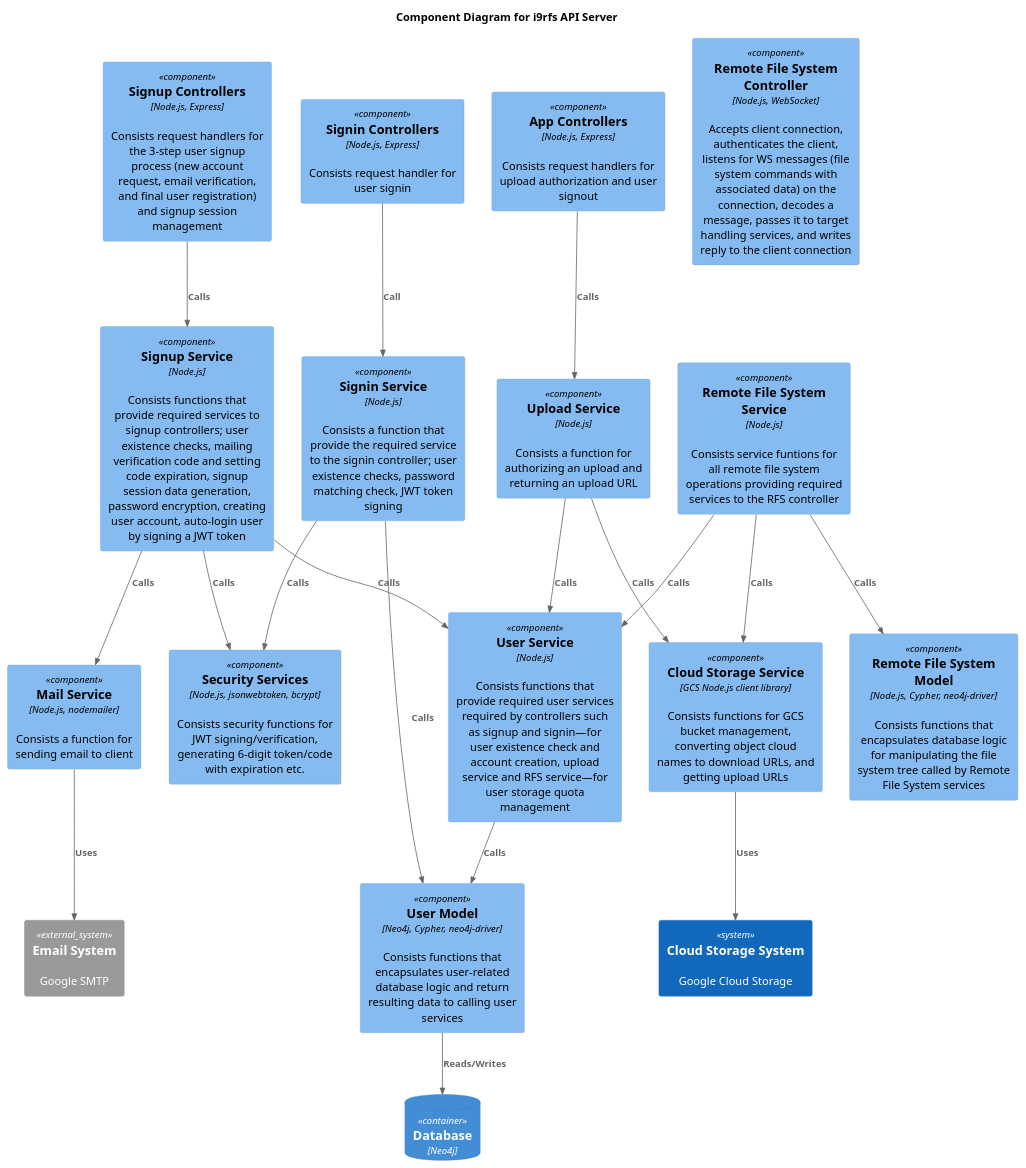
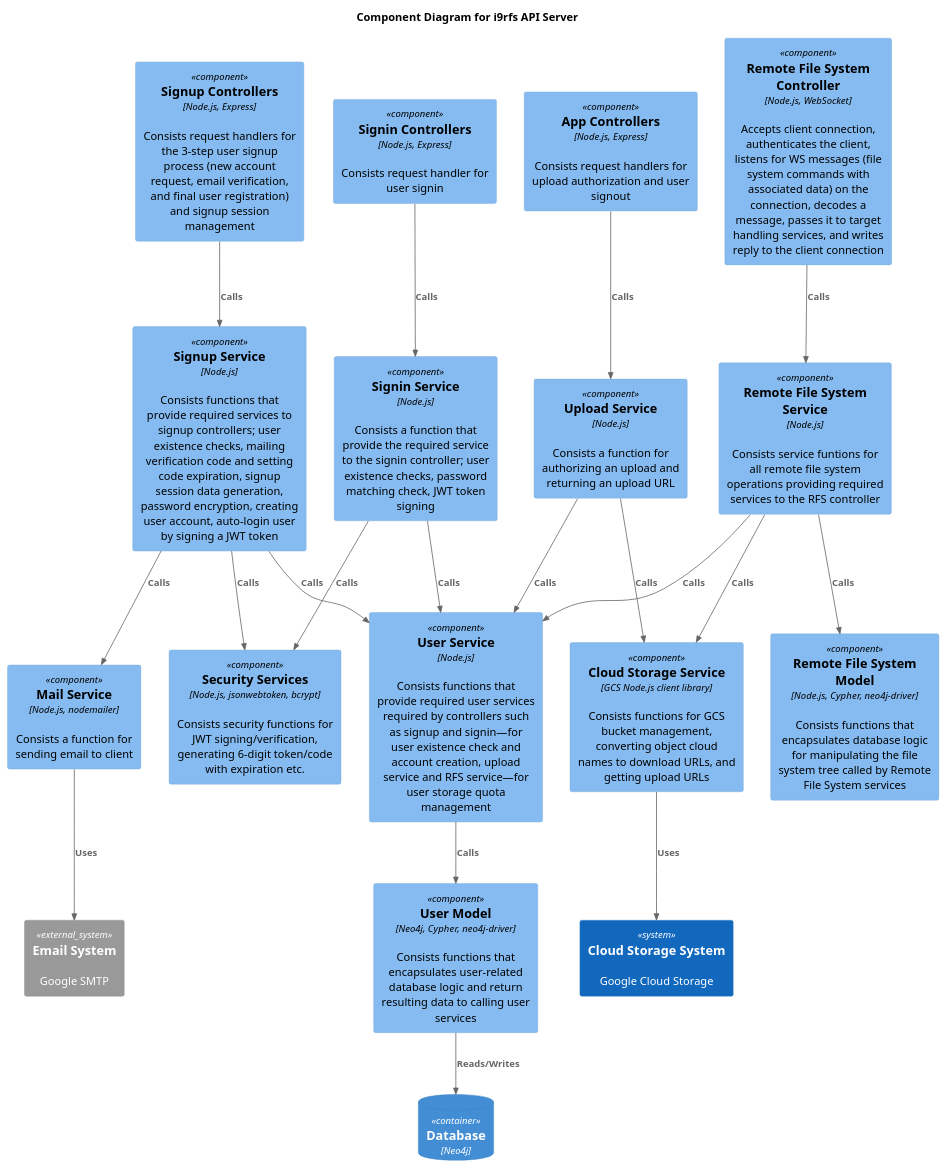
Before and after one commit to the-real-i9/i9rfs-server: the diagram in diagrams/arch.pu, drawn with PlantUML. The commit also changed 1 other file, not shown here.

```diff
--- a/diagrams/arch.pu
+++ b/diagrams/arch.pu
@@ -1,52 +1,53 @@
 @startuml i9rfs_api_arch
 !include <C4/C4_Component>
 
 title Component Diagram for i9rfs API Server
 
 ' Container(api, "i9rfs API Server", "Node.js")
 
 System_Ext(emailSystem, "Email System", "Google SMTP")
 System(cloudStorageSystem, "Cloud Storage System", "Google Cloud Storage")
 
 ContainerDb(database, "Database", "Neo4j")
 
 Component(cloudStorageService, "Cloud Storage Service", "GCS Node.js client library", "Consists functions for GCS bucket management, converting object cloud names to download URLs, and getting upload URLs")
 Rel(cloudStorageService, cloudStorageSystem, "Uses")
 
 Component(securityServices, "Security Services", "Node.js, jsonwebtoken, bcrypt", "Consists security functions for JWT signing/verification, generating 6-digit token/code with expiration etc.")
 Component(mailService, "Mail Service", "Node.js, nodemailer", "Consists a function for sending email to client")
 Rel(mailService, emailSystem, "Uses")
 
 Component(userService, "User Service", "Node.js", "Consists functions that provide required user services required by controllers such as signup and signin—for user existence check and account creation, upload service and RFS service—for user storage quota management")
 Component(userModel, "User Model", "Neo4j, Cypher, neo4j-driver", "Consists functions that encapsulates user-related database logic and return resulting data to calling user services")
 Rel(userService, userModel, "Calls")
 Rel(userModel, database, "Reads/Writes")
 
 Component(signupControllers, "Signup Controllers", "Node.js, Express", "Consists request handlers for the 3-step user signup process (new account request, email verification, and final user registration) and signup session management")
 Component(signupService, "Signup Service", "Node.js", "Consists functions that provide required services to signup controllers; user existence checks, mailing verification code and setting code expiration, signup session data generation, password encryption, creating user account, auto-login user by signing a JWT token")
 Rel(signupControllers, signupService, "Calls")
 Rel(signupService, userService, "Calls")
 Rel(signupService, securityServices, "Calls")
 Rel(signupService, mailService, "Calls")
 
 Component(signinControllers, "Signin Controllers", "Node.js, Express", "Consists request handler for user signin")
 Component(signinService, "Signin Service", "Node.js", "Consists a function that provide the required service to the signin controller; user existence checks, password matching check, JWT token signing")
-Rel(signinControllers, signinService, "Call")
+Rel(signinControllers, signinService, "Calls")
+Rel(signinService, userService, "Calls")
 Rel(signinService, securityServices, "Calls")
-Rel(signinService, userModel, "Calls")
 
 Component(uploadService, "Upload Service", "Node.js", "Consists a function for authorizing an upload and returning an upload URL")
 Rel(uploadService, userService, "Calls")
 Rel(uploadService, cloudStorageService, "Calls")
 
 Component(appControllers, "App Controllers", "Node.js, Express", "Consists request handlers for upload authorization and user signout")
 Rel(appControllers, uploadService, "Calls")
 
 Component(rfsController, "Remote File System Controller", "Node.js, WebSocket", "Accepts client connection, authenticates the client, listens for WS messages (file system commands with associated data) on the connection, decodes a message, passes it to target handling services, and writes reply to the client connection")
 Component(rfsService, "Remote File System Service", "Node.js", "Consists service funtions for all remote file system operations providing required services to the RFS controller")
 Component(rfsModel, "Remote File System Model", "Node.js, Cypher, neo4j-driver", "Consists functions that encapsulates database logic for manipulating the file system tree called by Remote File System services")
+Rel(rfsController, rfsService, "Calls")
 Rel(rfsService, rfsModel, "Calls")
 Rel(rfsService, userService, "Calls")
 Rel(rfsService, cloudStorageService, "Calls")
 
 @enduml
```
